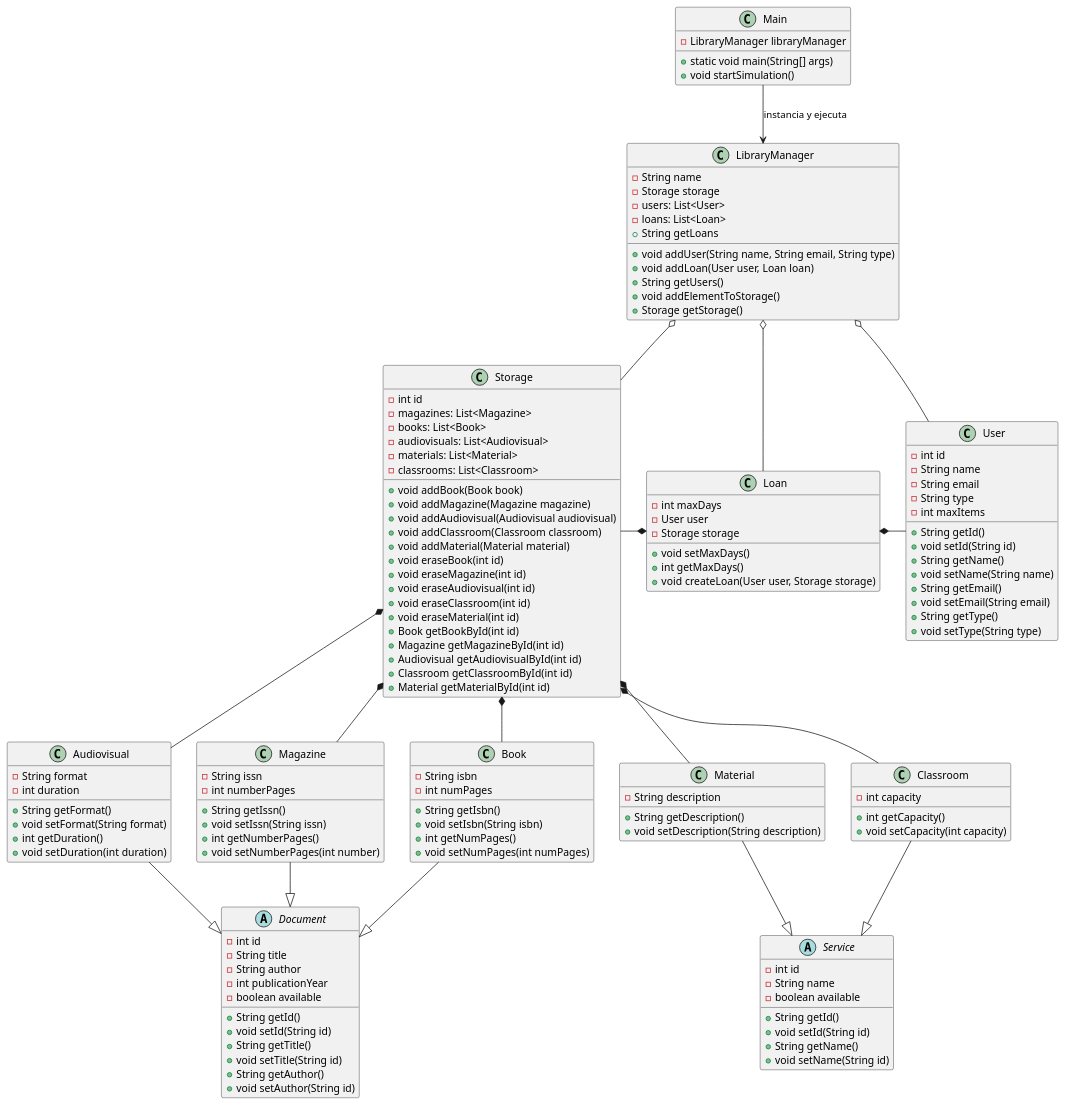
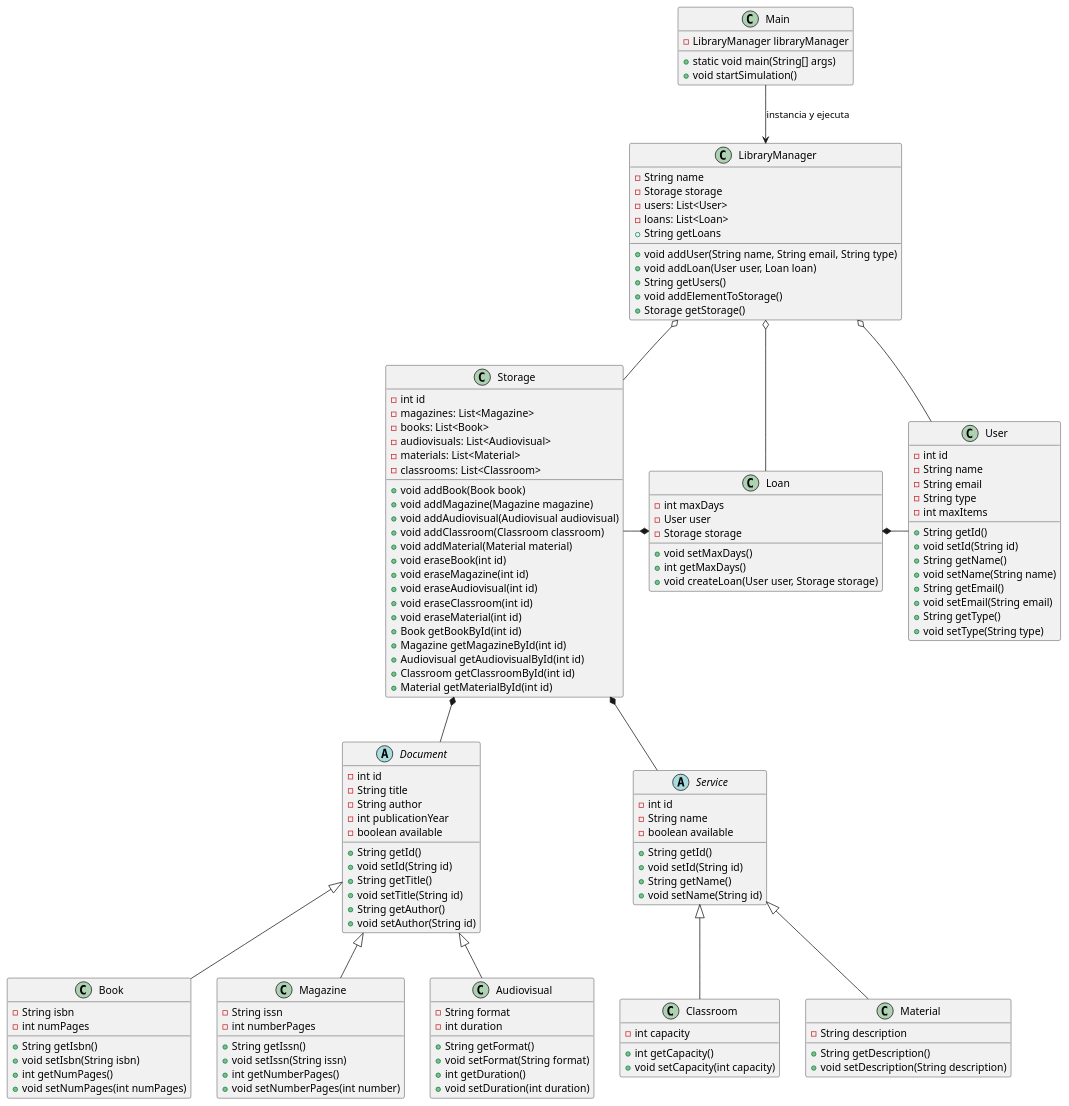
The diagram in modelosUML/DiagramaDeClases.puml (sara-patino/24-25-IdSw2-SDD), drawn with PlantUML before and after one commit.

```diff
--- a/modelosUML/DiagramaDeClases.puml
+++ b/modelosUML/DiagramaDeClases.puml
@@ -1,152 +1,150 @@
 @startuml
 Main --> LibraryManager : "instancia y ejecuta"
 LibraryManager o-- Storage
 LibraryManager o-- User
 LibraryManager o-- Loan
 Storage -right-* Loan
 Loan *-right- User
-Storage *-- Book
-Storage *-- Magazine
-Storage *-- Material
-Storage *-- Classroom
-Storage *-- Audiovisual
-Service <|-up- Classroom
-Service <|-up- Material
-Document <|-up- Book
-Document <|-up- Magazine
-Document <|-up- Audiovisual
+Storage *-- Document
+Storage *-- Service
+
+Service <|-- Classroom
+Service <|-- Material
+Document <|-- Book
+Document <|-- Magazine
+Document <|-- Audiovisual
 
 class Material {
     -String description
     +String getDescription()
     +void setDescription(String description)
 }
 
 class Storage {
     - int id
     - magazines: List<Magazine> 
     - books: List<Book> 
     - audiovisuals: List<Audiovisual>
     - materials: List<Material>
     - classrooms: List<Classroom>
     + void addBook(Book book)
     + void addMagazine(Magazine magazine)
     + void addAudiovisual(Audiovisual audiovisual)
     + void addClassroom(Classroom classroom)
     + void addMaterial(Material material)
     + void eraseBook(int id)
     + void eraseMagazine(int id)
     + void eraseAudiovisual(int id)
     + void eraseClassroom(int id)
     + void eraseMaterial(int id)
     + Book getBookById(int id)
     + Magazine getMagazineById(int id)
     + Audiovisual getAudiovisualById(int id)
     + Classroom getClassroomById(int id)
     + Material getMaterialById(int id)
 }
 
 abstract class Document {
     -int id
     -String title
     -String author
     -int publicationYear
     -boolean available
     +String getId()
     +void setId(String id)
     +String getTitle()
     +void setTitle(String id)
     +String getAuthor()
     +void setAuthor(String id)
     
 }
 
 class User {
     -int id
     -String name
     -String email
     -String type
     -int maxItems
 
     +String getId()
     +void setId(String id)
     +String getName()
     +void setName(String name)
     +String getEmail()
     +void setEmail(String email)
     +String getType()
     +void setType(String type)
 }
 
 class Book {
     -String isbn
     -int numPages
     +String getIsbn()
     +void setIsbn(String isbn)
     +int getNumPages()
     +void setNumPages(int numPages)
 }
 
 class Classroom {
     -int capacity
     +int getCapacity()
     +void setCapacity(int capacity)
 }
 
 abstract class Service {
     -int id
     -String name
     -boolean available
     +String getId()
     +void setId(String id)
     +String getName()
     +void setName(String id)
 }
 
 class Magazine {
     -String issn
     -int numberPages
     +String getIssn()
     +void setIssn(String issn)
     +int getNumberPages()
     +void setNumberPages(int number)
 }
 
 class Audiovisual {
     -String format
     -int duration
     +String getFormat()
     +void setFormat(String format)
     +int getDuration()
     +void setDuration(int duration)
 }
 
 class LibraryManager {
     -String name
     -Storage storage
     -users: List<User>
     -loans: List<Loan>
     +void addUser(String name, String email, String type)
     +void addLoan(User user, Loan loan)
     +String getUsers()
     +String getLoans
     +void addElementToStorage()
     +Storage getStorage()
 }
 
 class Main {
     -LibraryManager libraryManager
     +static void main(String[] args)
     +void startSimulation()
 }
 
 class Loan {
   -int maxDays
   -User user
   -Storage storage
   +void setMaxDays()
   +int getMaxDays()
   +void createLoan(User user, Storage storage)
 }
 
 @enduml
```
